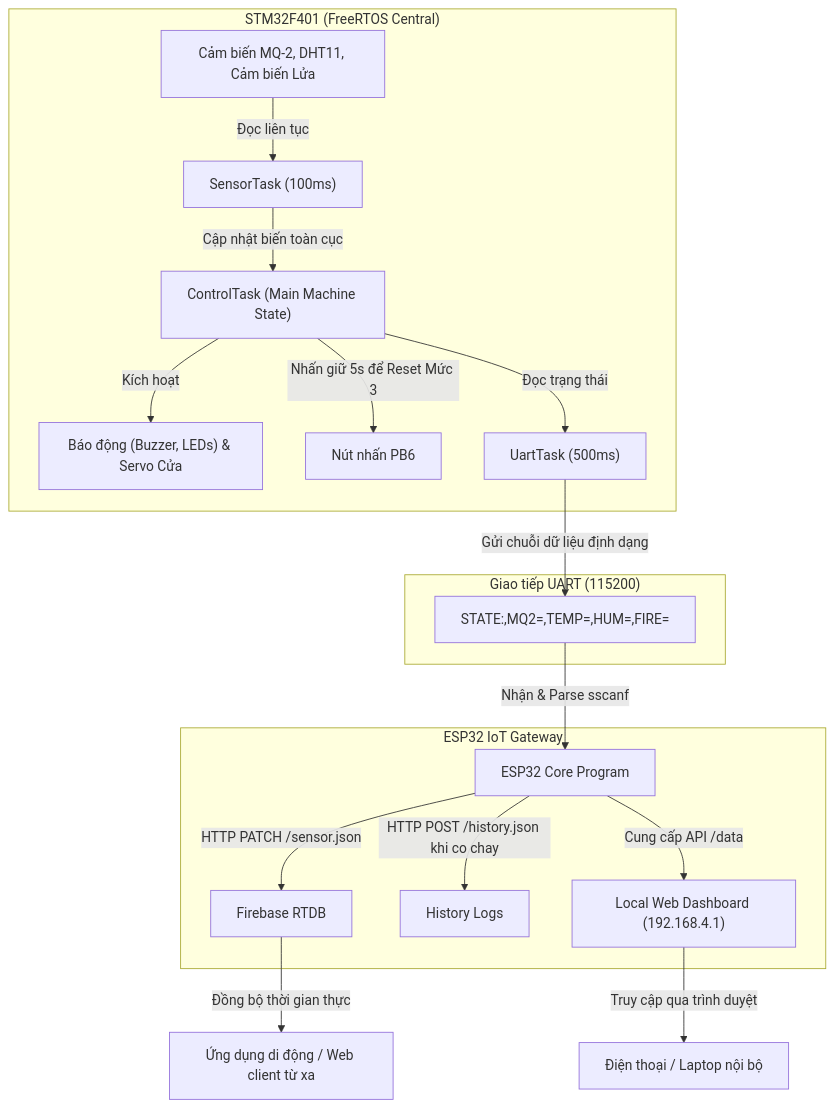
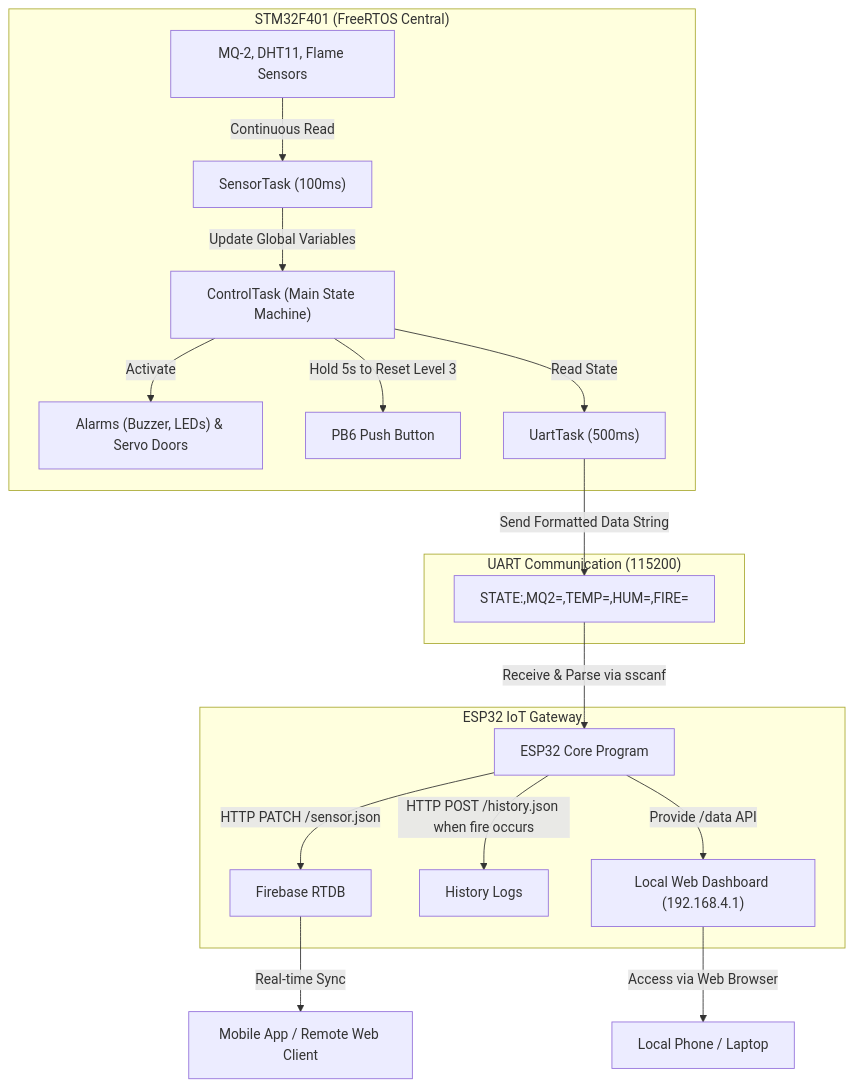
Before and after one commit to Khang123699/HeThongCamBienCanhBaoChay: the diagram in README.md, drawn with Mermaid. The commit also changed other lines of this file, not shown here.

````diff
--- a/README.md
+++ b/README.md
@@ -42,24 +42,24 @@
 ```mermaid
 graph TD
     subgraph STM32F401 ["STM32F401 (FreeRTOS Central)"]
-        Sensors["Cảm biến MQ-2, DHT11, Cảm biến Lửa"] -->|Đọc liên tục| SensorTask["SensorTask (100ms)"]
-        SensorTask -->|Cập nhật biến toàn cục| ControlTask["ControlTask (Main Machine State)"]
-        ControlTask -->|Kích hoạt| Actuators["Báo động (Buzzer, LEDs) & Servo Cửa"]
-        ControlTask -->|Nhấn giữ 5s để Reset Mức 3| Button["Nút nhấn PB6"]
-        ControlTask -->|Đọc trạng thái| UartTask["UartTask (500ms)"]
+        Sensors["MQ-2, DHT11, Flame Sensors"] -->|Continuous Read| SensorTask["SensorTask (100ms)"]
+        SensorTask -->|Update Global Variables| ControlTask["ControlTask (Main State Machine)"]
+        ControlTask -->|Activate| Actuators["Alarms (Buzzer, LEDs) & Servo Doors"]
+        ControlTask -->|Hold 5s to Reset Level 3| Button["PB6 Push Button"]
+        ControlTask -->|Read State| UartTask["UartTask (500ms)"]
     end
 
-    subgraph Communication ["Giao tiếp UART (115200)"]
-        UartTask -->|Gửi chuỗi dữ liệu định dạng| UART_Line["STATE:<state>,MQ2=<val>,TEMP=<val>,HUM=<val>,FIRE=<val>"]
+    subgraph Communication ["UART Communication (115200)"]
+        UartTask -->|Send Formatted Data String| UART_Line["STATE:<state>,MQ2=<val>,TEMP=<val>,HUM=<val>,FIRE=<val>"]
     end
 
     subgraph ESP32 ["ESP32 IoT Gateway"]
-        UART_Line -->|Nhận & Parse sscanf| ESP32_Core["ESP32 Core Program"]
+        UART_Line -->|Receive & Parse via sscanf| ESP32_Core["ESP32 Core Program"]
         ESP32_Core -->|HTTP PATCH /sensor.json| Firebase["Firebase RTDB"]
-        ESP32_Core -->|HTTP POST /history.json khi co chay| FirebaseHist["History Logs"]
-        ESP32_Core -->|Cung cấp API /data| WebServer["Local Web Dashboard (192.168.4.1)"]
+        ESP32_Core -->|HTTP POST /history.json when fire occurs| FirebaseHist["History Logs"]
+        ESP32_Core -->|Provide /data API| WebServer["Local Web Dashboard (192.168.4.1)"]
     end
     
-    Firebase -->|Đồng bộ thời gian thực| User["Ứng dụng di động / Web client từ xa"]
-    WebServer -->|Truy cập qua trình duyệt| Browser["Điện thoại / Laptop nội bộ"]
+    Firebase -->|Real-time Sync| User["Mobile App / Remote Web Client"]
+    WebServer -->|Access via Web Browser| Browser["Local Phone / Laptop"]
 ```
````
